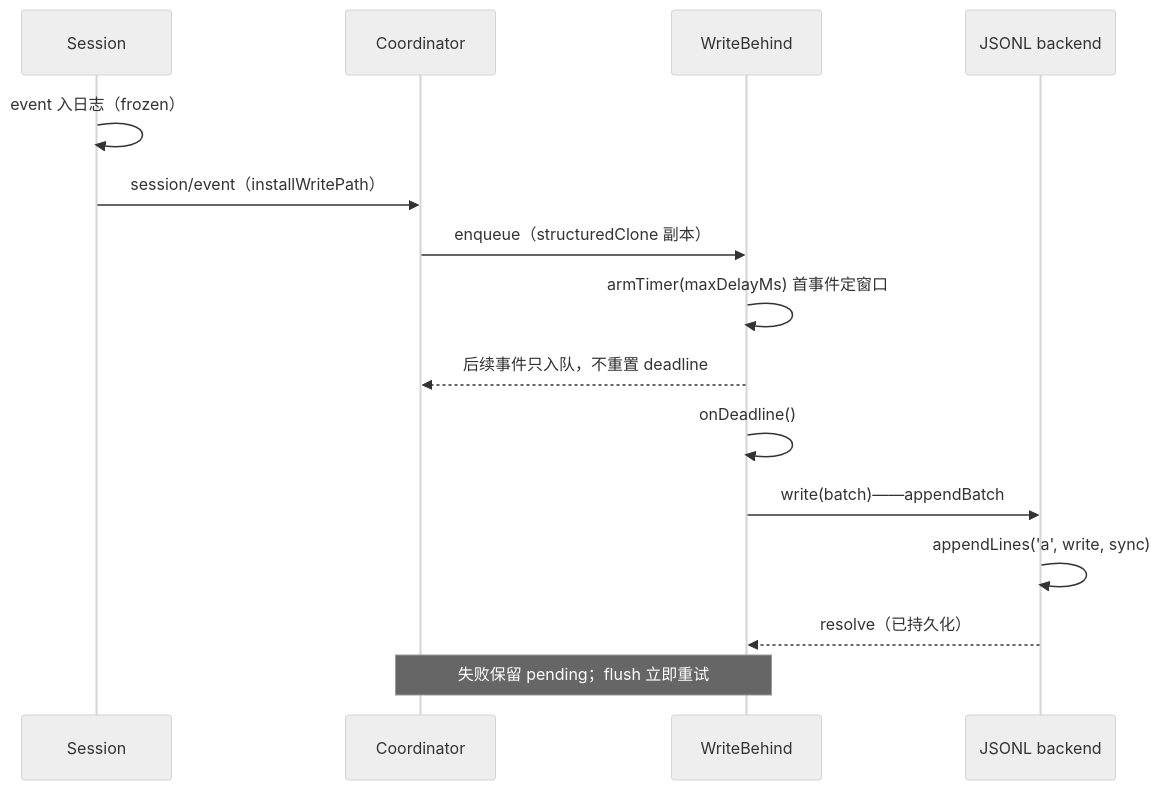
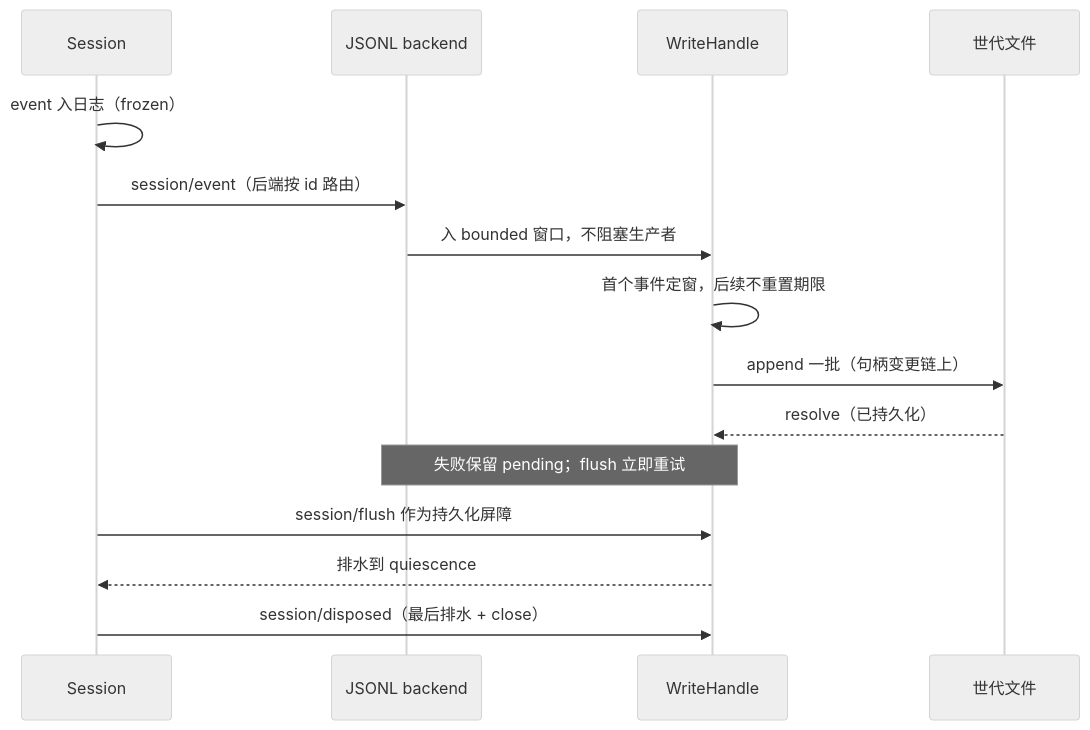
Before and after one commit to morehao/oss-insights: the second of 5 diagrams in ai-agent/deepseek-harness/data-model.md, drawn with Mermaid (neutral theme). The commit also changed other lines of this file and 27 other files, not shown here.

````diff
--- a/ai-agent/deepseek-harness/data-model.md
+++ b/ai-agent/deepseek-harness/data-model.md
@@ -267,18 +396,17 @@
 ```mermaid
 sequenceDiagram
     participant S as Session
-    participant C as Coordinator
-    participant WB as WriteBehind
     participant B as JSONL backend
-
+    participant W as WriteHandle
+    participant F as 世代文件
     S->>S: event 入日志（frozen）
-    S->>C: session/event（installWritePath）
-    C->>WB: enqueue（structuredClone 副本）
-    WB->>WB: armTimer(maxDelayMs) 首事件定窗口
-    WB-->>C: 后续事件只入队，不重置 deadline
-    WB->>WB: onDeadline()
-    WB->>B: write(batch)——appendBatch
-    B->>B: appendLines('a', write, sync)
-    B-->>WB: resolve（已持久化）
-    Note over C,WB: 失败保留 pending；flush 立即重试
+    S->>B: session/event（后端按 id 路由）
+    B->>W: 入 bounded 窗口，不阻塞生产者
+    W->>W: 首个事件定窗，后续不重置期限
+    W->>F: append 一批（句柄变更链上）
+    F-->>W: resolve（已持久化）
+    Note over B,W: 失败保留 pending；flush 立即重试
+    S->>W: session/flush 作为持久化屏障
+    W-->>S: 排水到 quiescence
+    S->>W: session/disposed（最后排水 + close）
 ```
````
